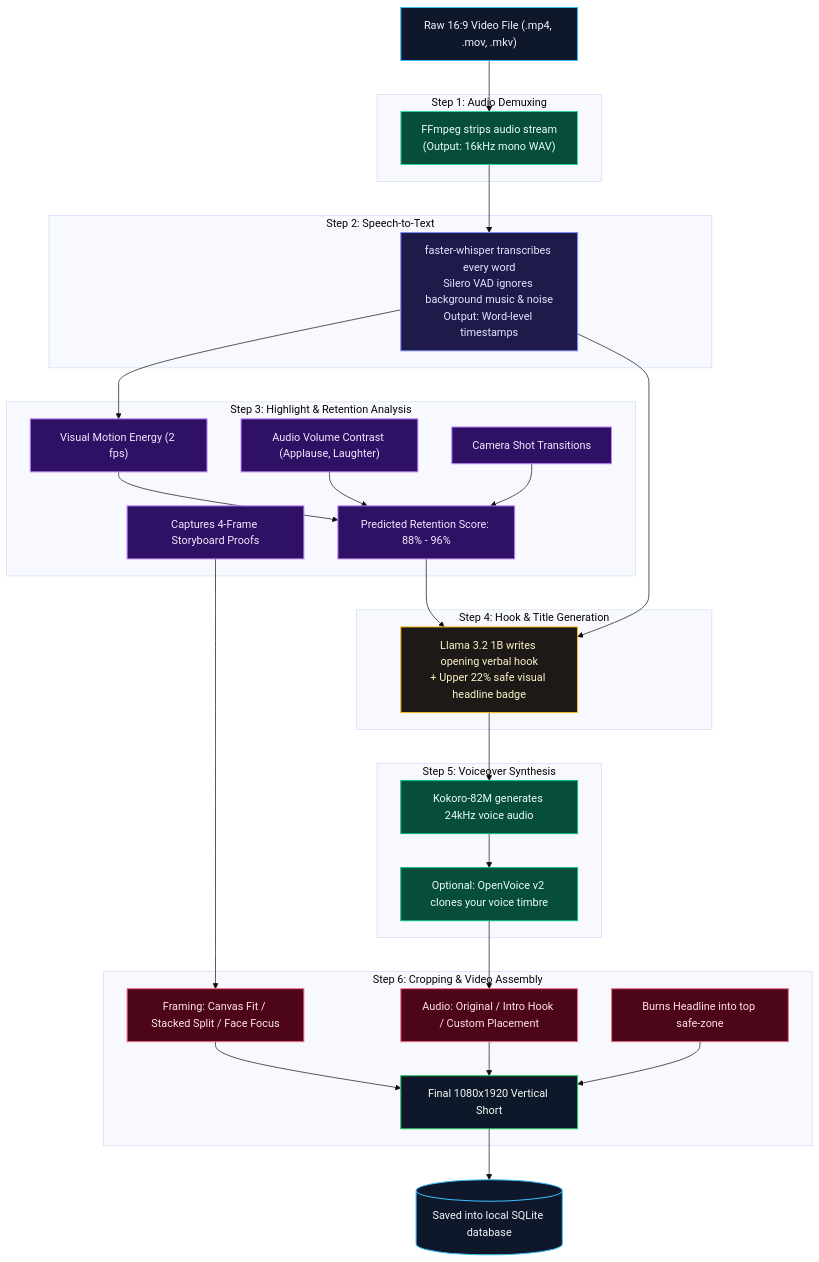
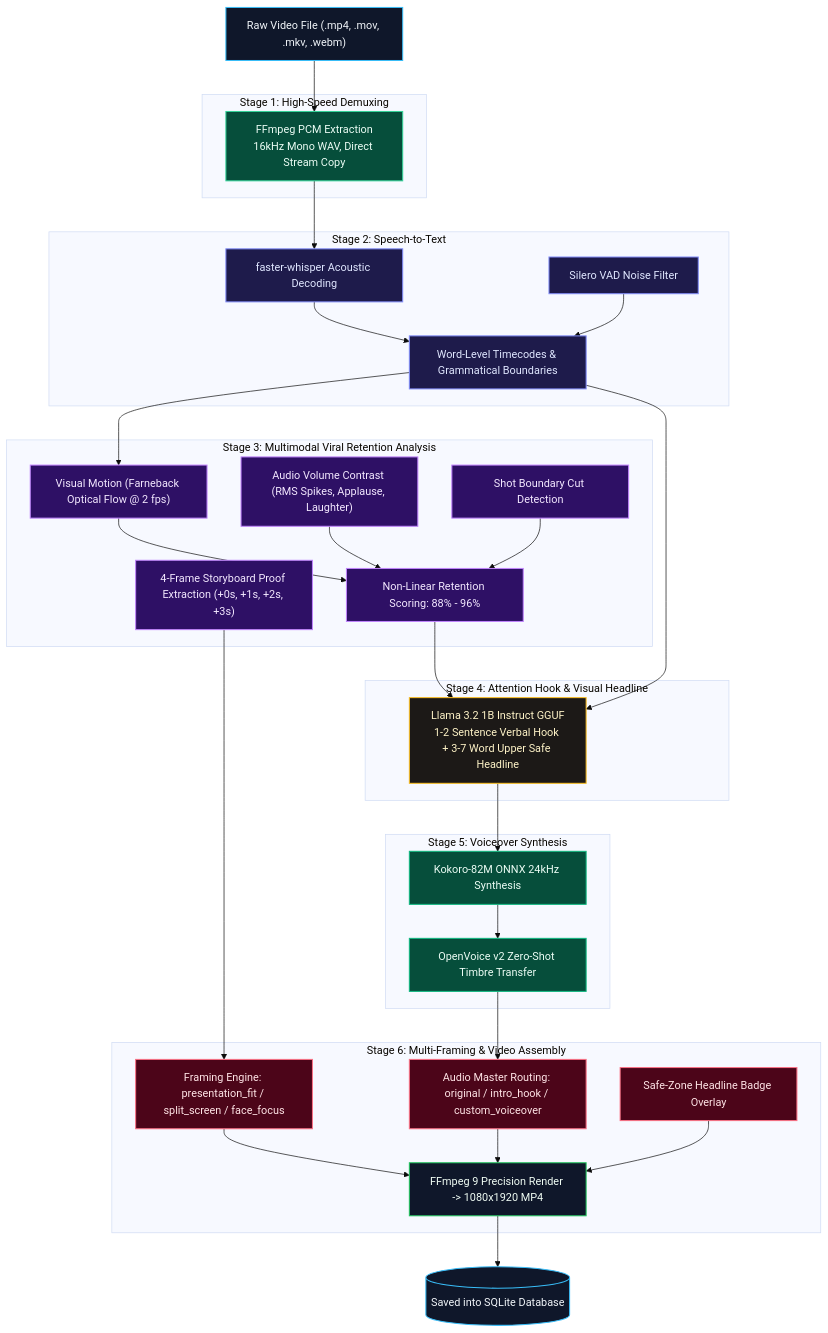
The second of 7 diagrams in backend/README.md (DivyamJoshi2005/Alfred), drawn with Mermaid (base theme) before and after one commit. The commit also changed other lines of this file and 1 other file, not shown here.

Commit message:
docs: enrich READMEs with complete technical depth, clear human explanations, and styled Mermaid diagrams

````diff
--- a/backend/README.md
+++ b/backend/README.md
@@ -47,54 +227,58 @@
 ```mermaid
 flowchart TD
     classDef input fill:#0f172a,stroke:#38bdf8,stroke-width:1.5px,color:#f1f5f9;
     classDef demux fill:#064e3b,stroke:#34d399,stroke-width:1.5px,color:#ecfdf5;
     classDef whisper fill:#1e1b4b,stroke:#818cf8,stroke-width:1.5px,color:#e0e7ff;
     classDef vision fill:#2e1065,stroke:#c084fc,stroke-width:1.5px,color:#f3e8ff;
     classDef llama fill:#1c1917,stroke:#fbbf24,stroke-width:1.5px,color:#fef3c7;
     classDef tts fill:#064e3b,stroke:#10b981,stroke-width:1.5px,color:#ecfdf5;
     classDef mux fill:#4c0519,stroke:#fb7185,stroke-width:1.5px,color:#ffe4e6;
     classDef out fill:#0f172a,stroke:#22c55e,stroke-width:1.5px,color:#f0fdf4;
 
-    RawVideo["Raw 16:9 Video File (.mp4, .mov, .mkv)"]:::input --> Step1
+    RawFile["Raw Video File (.mp4, .mov, .mkv, .webm)"]:::input --> Stage1
 
-    subgraph Step1_Demux ["Step 1: Audio Demuxing"]
-        Step1["FFmpeg strips audio stream\n(Output: 16kHz mono WAV)"]:::demux
+    subgraph Stage1_Demux ["Stage 1: High-Speed Demuxing"]
+        Stage1["FFmpeg PCM Extraction\n16kHz Mono WAV, Direct Stream Copy"]:::demux
     end
 
-    subgraph Step2_Transcribe ["Step 2: Speech-to-Text"]
-        Step2["faster-whisper transcribes every word\nSilero VAD ignores background music & noise\nOutput: Word-level timestamps"]:::whisper
+    subgraph Stage2_Transcribe ["Stage 2: Speech-to-Text"]
+        Stage2A["faster-whisper Acoustic Decoding"]:::whisper
+        Stage2B["Silero VAD Noise Filter"]:::whisper
+        Stage2C["Word-Level Timecodes & Grammatical Boundaries"]:::whisper
+        Stage2A & Stage2B --> Stage2C
     end
 
-    subgraph Step3_Rank ["Step 3: Highlight & Retention Analysis"]
-        Step3A["Visual Motion Energy (2 fps)"]:::vision
-        Step3B["Audio Volume Contrast (Applause, Laughter)"]:::vision
-        Step3C["Camera Shot Transitions"]:::vision
-        Step3D["Captures 4-Frame Storyboard Proofs"]:::vision
-        Step3A & Step3B & Step3C --> Step3Score["Predicted Retention Score: 88% - 96%"]:::vision
+    subgraph Stage3_Analyze ["Stage 3: Multimodal Viral Retention Analysis"]
+        Stage3A["Visual Motion (Farneback Optical Flow @ 2 fps)"]:::vision
+        Stage3B["Audio Volume Contrast (RMS Spikes, Applause, Laughter)"]:::vision
+        Stage3C["Shot Boundary Cut Detection"]:::vision
+        Stage3D["4-Frame Storyboard Proof Extraction (+0s, +1s, +2s, +3s)"]:::vision
+        Stage3A & Stage3B & Stage3C --> Stage3Rank["Non-Linear Retention Scoring: 88% - 96%"]:::vision
     end
 
-    subgraph Step4_Hook ["Step 4: Hook & Title Generation"]
-        Step4["Llama 3.2 1B writes opening verbal hook\n+ Upper 22% safe visual headline badge"]:::llama
+    subgraph Stage4_Hook ["Stage 4: Attention Hook & Visual Headline"]
+        Stage4["Llama 3.2 1B Instruct GGUF\n1-2 Sentence Verbal Hook + 3-7 Word Upper Safe Headline"]:::llama
     end
 
-    subgraph Step5_Voice ["Step 5: Voiceover Synthesis"]
-        Step5A["Kokoro-82M generates 24kHz voice audio"]:::tts
-        Step5B["Optional: OpenVoice v2 clones your voice timbre"]:::tts
-        Step5A --> Step5B
+    subgraph Stage5_Voice ["Stage 5: Voiceover Synthesis"]
+        Stage5A["Kokoro-82M ONNX 24kHz Synthesis"]:::tts
+        Stage5B["OpenVoice v2 Zero-Shot Timbre Transfer"]:::tts
+        Stage5A --> Stage5B
     end
 
-    subgraph Step6_Assemble ["Step 6: Cropping & Video Assembly"]
-        Step6A["Framing: Canvas Fit / Stacked Split / Face Focus"]:::mux
-        Step6B["Audio: Original / Intro Hook / Custom Placement"]:::mux
-        Step6C["Burns Headline into top safe-zone"]:::mux
-        Step6A & Step6B & Step6C --> Step6Final["Final 1080x1920 Vertical Short"]:::out
+    subgraph Stage6_Mux ["Stage 6: Multi-Framing & Video Assembly"]
+        Stage6A["Framing Engine: presentation_fit / split_screen / face_focus"]:::mux
+        Stage6B["Audio Master Routing: original / intro_hook / custom_voiceover"]:::mux
+        Stage6C["Safe-Zone Headline Badge Overlay"]:::mux
+        Stage6A & Stage6B & Stage6C --> Stage6Render["FFmpeg 9 Precision Render -> 1080x1920 MP4"]:::out
     end
 
-    Step1 --> Step2 --> Step3A
-    Step2 --> Step4
-    Step3Score --> Step4
-    Step4 --> Step5A
-    Step5B --> Step6B
-    Step3D --> Step6A
-    Step6Final --> SavedDB[("Saved into local SQLite database")]:::input
+    Stage1 --> Stage2A
+    Stage2C --> Stage3A
+    Stage2C --> Stage4
+    Stage3Rank --> Stage4
+    Stage4 --> Stage5A
+    Stage3D --> Stage6A
+    Stage5B --> Stage6B
+    Stage6Render --> PersistDB[("Saved into SQLite Database")]:::input
 ```
````
